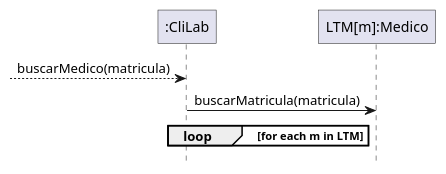
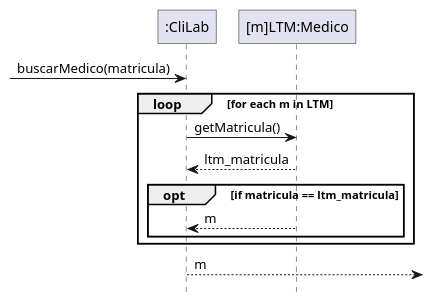
One commit to Z0SO/UML-Practice changed the fourth of 4 diagrams in 1-Repaso recuperatorio/Repaso Recuperatorio.md. Above: the diagram before and after it, drawn with PlantUML. The commit also changed other lines of this file and 1 other file, not shown here.

Commit message:
bkp -> 2024-08-11 23:45:51

````diff
--- a/1-Repaso recuperatorio/Repaso Recuperatorio.md
+++ b/1-Repaso recuperatorio/Repaso Recuperatorio.md
@@ -372,31 +372,43 @@
 ```plantuml
 @startuml
 
 hide footbox
 
 skinparam participant {
   RoundCorner 0
 }
 
 
 participant ":CliLab" as sistema
-participant "LTM[m]:Medico" as ltm
+participant "[m]LTM:Medico" as ltm
 
 
 
 
 ' Parte del diagrama
 
-sistema <--[ : buscarMedico(matricula)
-
-sistema -> ltm : buscarMatricula(matricula)
+sistema <-[ : buscarMedico(matricula)
 
 loop for each m in LTM
 
+sistema -> ltm: getMatricula()
+ltm --> sistema: ltm_matricula
 
+
+    ' alt if matricula == ltm_matricula
+    '    ltm --> sistema : m 
+    
+    ' else
+    '     ltm --> sistema : void
+    ' end
+
+    opt if matricula == ltm_matricula
+        ltm --> sistema : m
+    end
 
 end
 
+]<-- sistema : m
 
 @enduml
 ```
````
